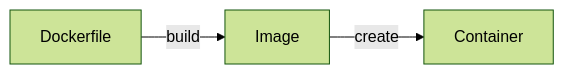
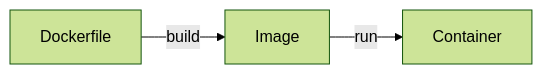
The diagram in Tools/Docker/1 - Introduction.md (bingyangchen/KM-software), drawn with Mermaid (forest theme) before and after one commit. The commit also changed other lines of this file and 28 other files, not shown here.

````diff
--- a/Tools/Docker/1 - Introduction.md
+++ b/Tools/Docker/1 - Introduction.md
@@ -69,5 +82,5 @@
 ```mermaid
 flowchart LR
 Dockerfile --build--> Image
-Image --create--> Container
+Image --run--> Container
 ```
````
